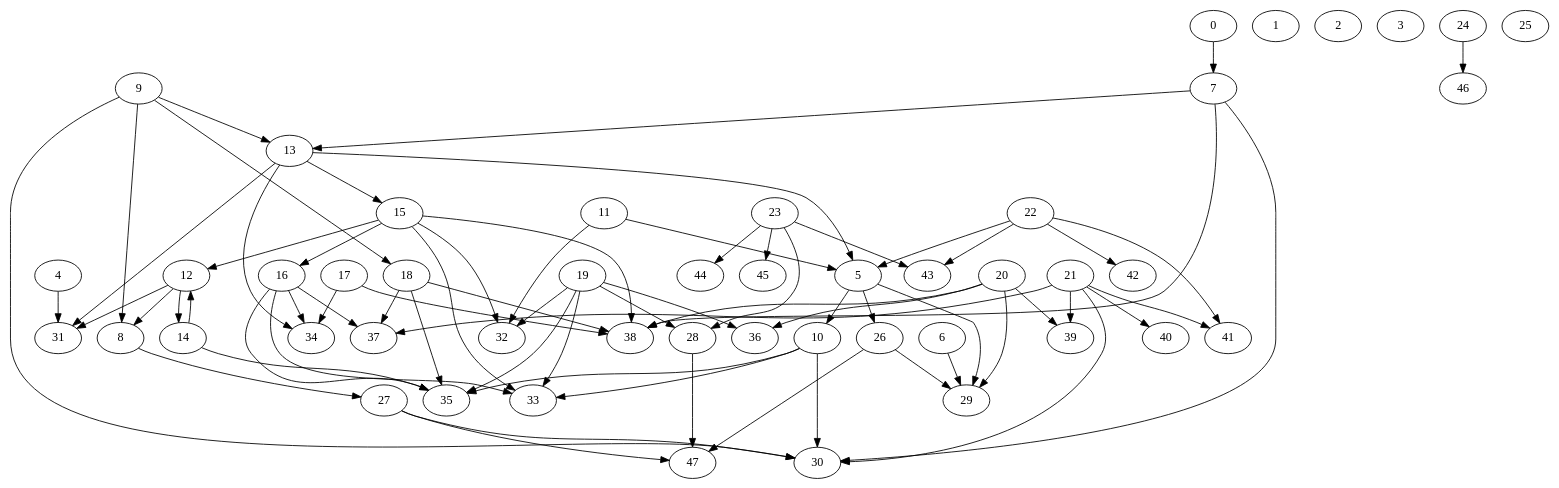
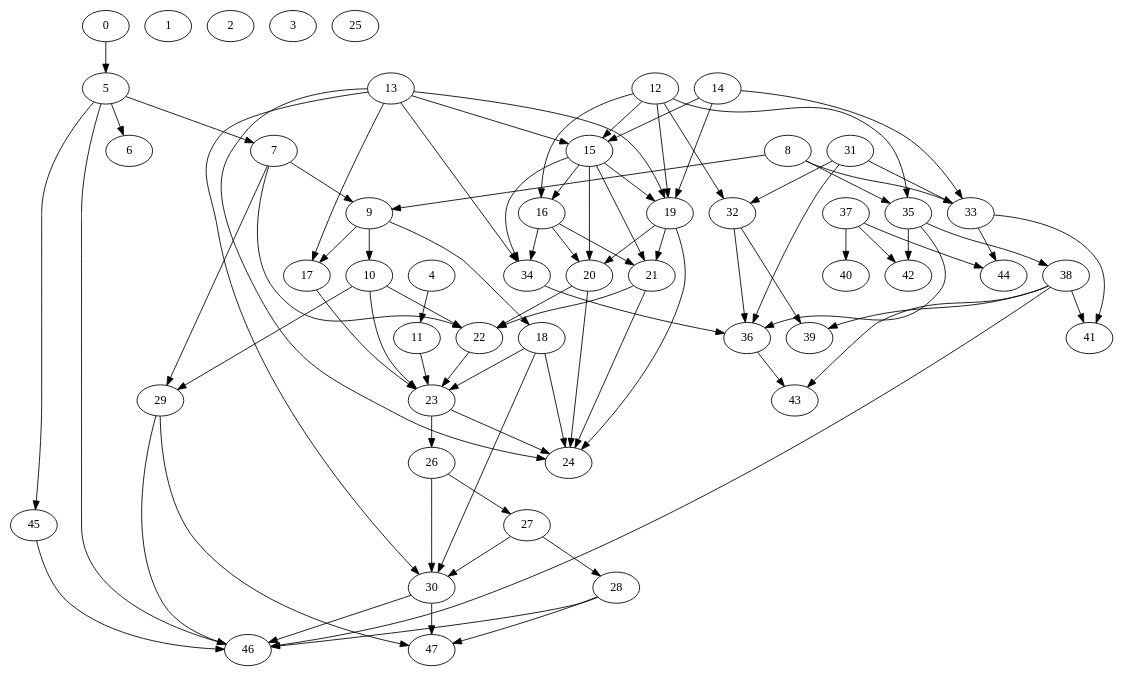
Before and after one commit to clarkfitzg/phd_research: the diagram in codedepends/traffic/traffic.dot, drawn with Graphviz. The commit also changed 2 other files, not shown here.

Commit message:
now have a DAG for the traffic code graph. Sweet

```diff
--- a/codedepends/traffic/traffic.dot
+++ b/codedepends/traffic/traffic.dot
@@ -1,122 +1,137 @@
 /* Created by igraph @VERSION@ */
 digraph {
   0;
   1;
   2;
   3;
   4;
   5;
   6;
   7;
   8;
   9;
   10;
   11;
   12;
   13;
   14;
   15;
   16;
   17;
   18;
   19;
   20;
   21;
   22;
   23;
   24;
   25;
   26;
   27;
   28;
   29;
   30;
   31;
   32;
   33;
   34;
   35;
   36;
   37;
   38;
   39;
   40;
   41;
   42;
   43;
   44;
   45;
   46;
   47;
 
-  0 -> 7;
-  4 -> 31;
-  5 -> 10;
-  5 -> 26;
-  5 -> 29;
-  6 -> 29;
-  7 -> 13;
-  7 -> 30;
-  7 -> 38;
-  8 -> 27;
-  9 -> 8;
-  9 -> 13;
+  0 -> 5;
+  4 -> 11;
+  5 -> 6;
+  5 -> 7;
+  5 -> 45;
+  5 -> 46;
+  7 -> 9;
+  7 -> 22;
+  7 -> 29;
+  8 -> 9;
+  8 -> 33;
+  8 -> 35;
+  9 -> 10;
+  9 -> 17;
   9 -> 18;
-  9 -> 30;
-  10 -> 30;
-  10 -> 33;
-  10 -> 35;
-  11 -> 5;
-  11 -> 32;
-  12 -> 8;
-  12 -> 14;
-  12 -> 31;
-  13 -> 5;
+  10 -> 22;
+  10 -> 23;
+  10 -> 29;
+  11 -> 23;
+  12 -> 15;
+  12 -> 16;
+  12 -> 19;
+  12 -> 32;
+  12 -> 35;
   13 -> 15;
-  13 -> 31;
+  13 -> 17;
+  13 -> 19;
+  13 -> 24;
+  13 -> 30;
   13 -> 34;
-  14 -> 12;
-  14 -> 35;
-  15 -> 12;
+  14 -> 15;
+  14 -> 19;
+  14 -> 33;
   15 -> 16;
-  15 -> 32;
-  15 -> 33;
-  15 -> 38;
-  16 -> 33;
+  15 -> 19;
+  15 -> 20;
+  15 -> 21;
+  15 -> 34;
+  16 -> 20;
+  16 -> 21;
   16 -> 34;
-  16 -> 35;
-  16 -> 37;
-  17 -> 34;
-  17 -> 38;
-  18 -> 35;
-  18 -> 37;
-  18 -> 38;
-  19 -> 28;
-  19 -> 32;
-  19 -> 33;
-  19 -> 35;
-  19 -> 36;
-  20 -> 29;
-  20 -> 36;
-  20 -> 38;
-  20 -> 39;
-  21 -> 30;
-  21 -> 37;
-  21 -> 39;
-  21 -> 40;
-  21 -> 41;
-  22 -> 5;
-  22 -> 41;
-  22 -> 42;
-  22 -> 43;
-  23 -> 28;
-  23 -> 43;
-  23 -> 44;
-  23 -> 45;
-  24 -> 46;
-  26 -> 29;
-  26 -> 47;
+  17 -> 23;
+  18 -> 23;
+  18 -> 24;
+  18 -> 30;
+  19 -> 20;
+  19 -> 21;
+  19 -> 24;
+  20 -> 22;
+  20 -> 24;
+  21 -> 22;
+  21 -> 24;
+  22 -> 23;
+  23 -> 24;
+  23 -> 26;
+  26 -> 27;
+  26 -> 30;
+  27 -> 28;
   27 -> 30;
-  27 -> 47;
+  28 -> 46;
   28 -> 47;
+  29 -> 46;
+  29 -> 47;
+  30 -> 46;
+  30 -> 47;
+  31 -> 32;
+  31 -> 33;
+  31 -> 36;
+  32 -> 36;
+  32 -> 39;
+  33 -> 41;
+  33 -> 44;
+  34 -> 36;
+  35 -> 36;
+  35 -> 38;
+  35 -> 42;
+  36 -> 43;
+  37 -> 40;
+  37 -> 42;
+  37 -> 44;
+  38 -> 39;
+  38 -> 41;
+  38 -> 43;
+  38 -> 46;
+  45 -> 46;
 }
```
